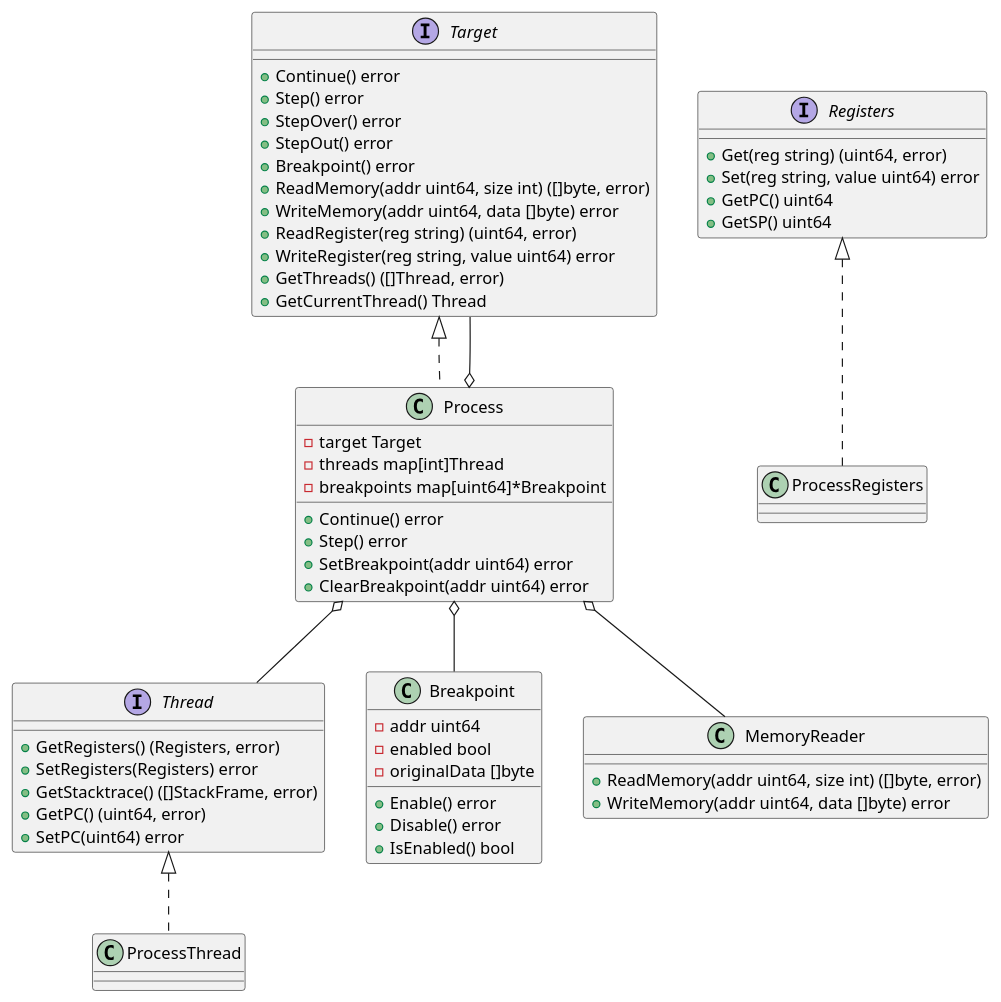
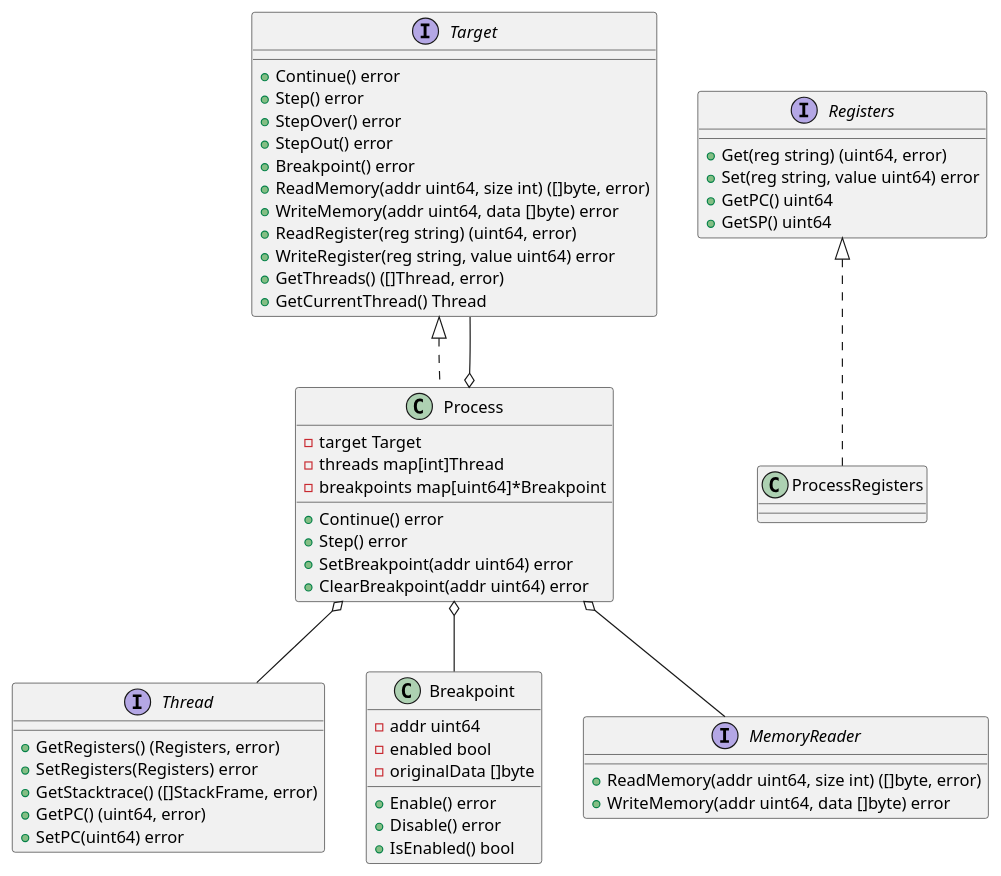
One commit to hitzhangjie/golang-debugger-book changed the diagram in book/9-develop-sym-debugger/1-架构设计/5-后端目标层设计.md. Above: the diagram before and after it, drawn with PlantUML. The commit also changed other lines of this file, not shown here.

First line of the commit message:
chapter9-*: 修复uml类图错误描述

````diff
--- a/book/9-develop-sym-debugger/1-架构设计/5-后端目标层设计.md
+++ b/book/9-develop-sym-debugger/1-架构设计/5-后端目标层设计.md
@@ -40,66 +48,65 @@
 ```plantuml
 @startuml
 
 interface Target {
     + Continue() error
     + Step() error
     + StepOver() error
     + StepOut() error
     + Breakpoint() error
     + ReadMemory(addr uint64, size int) ([]byte, error)
     + WriteMemory(addr uint64, data []byte) error
     + ReadRegister(reg string) (uint64, error)
     + WriteRegister(reg string, value uint64) error
     + GetThreads() ([]Thread, error)
     + GetCurrentThread() Thread
 }
 
 interface Thread {
     + GetRegisters() (Registers, error)
     + SetRegisters(Registers) error
     + GetStacktrace() ([]StackFrame, error)
     + GetPC() (uint64, error)
     + SetPC(uint64) error
 }
 
 interface Registers {
     + Get(reg string) (uint64, error)
     + Set(reg string, value uint64) error
     + GetPC() uint64
     + GetSP() uint64
 }
 
 class Process {
     - target Target
     - threads map[int]Thread
     - breakpoints map[uint64]*Breakpoint
     + Continue() error
     + Step() error
     + SetBreakpoint(addr uint64) error
     + ClearBreakpoint(addr uint64) error
 }
 
 class Breakpoint {
     - addr uint64
     - enabled bool
     - originalData []byte
     + Enable() error
     + Disable() error
     + IsEnabled() bool
 }
 
-class MemoryReader {
+interface MemoryReader {
     + ReadMemory(addr uint64, size int) ([]byte, error)
     + WriteMemory(addr uint64, data []byte) error
 }
 
 Target <|.. Process
-Thread <|.. ProcessThread
 Registers <|.. ProcessRegisters
 Process o-- Target
 Process o-- Thread
 Process o-- Breakpoint
 Process o-- MemoryReader
 
 @enduml
 ```
````
